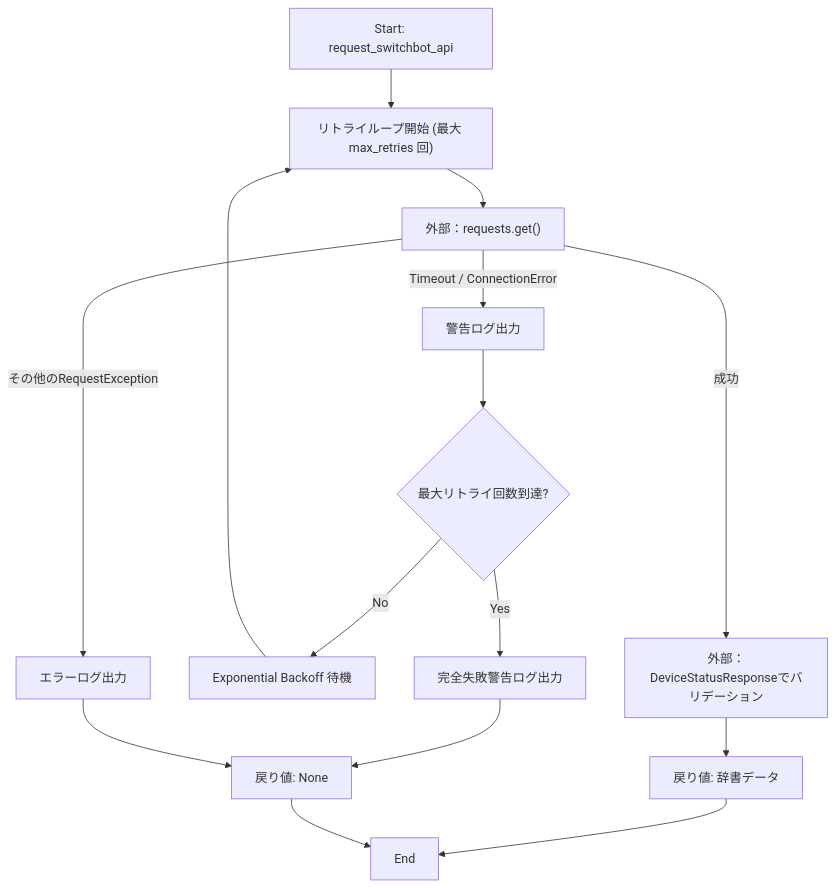
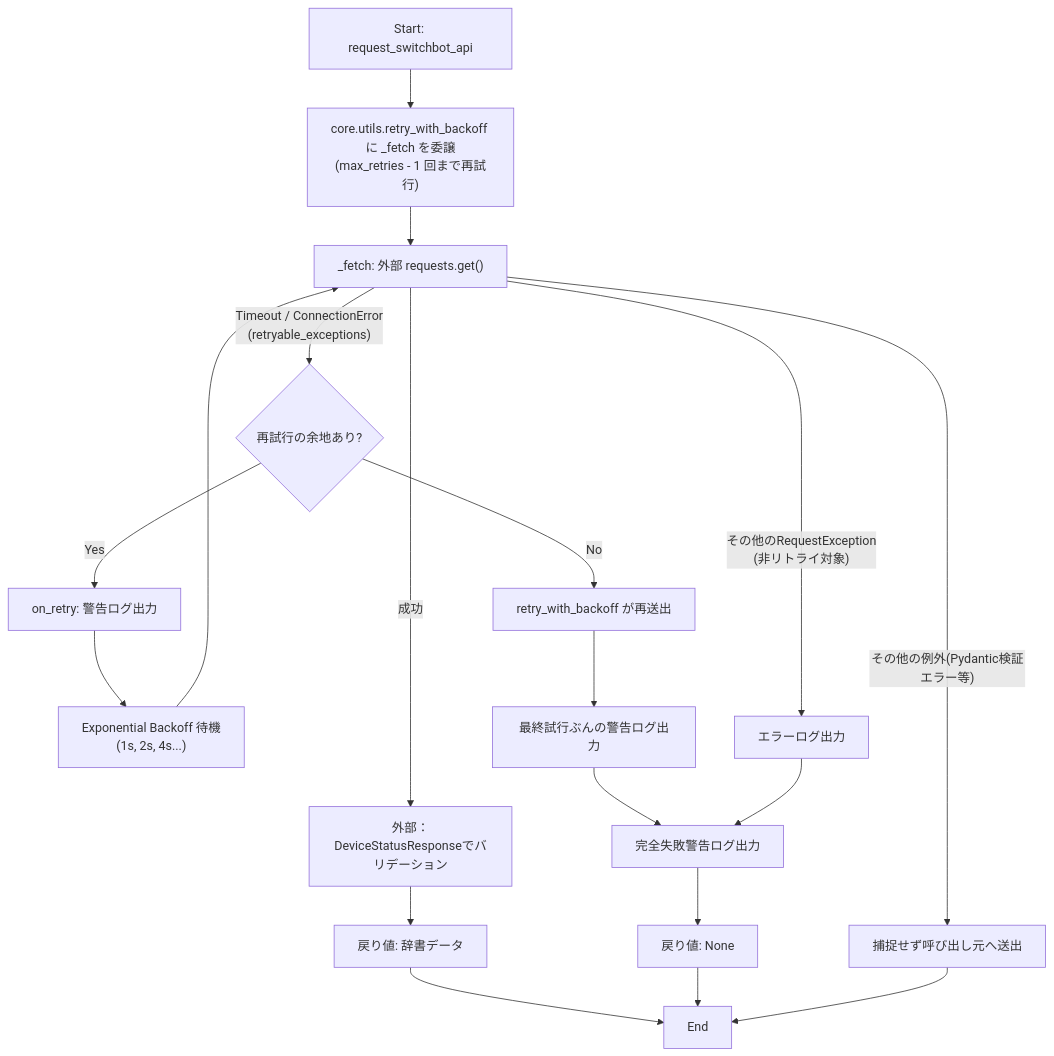
One commit to mmtigers/my_python_project changed the first of 2 diagrams in docs/specifications/MY_HOME_SYSTEM/switchbot_service.md. Above: the diagram before and after it, drawn with Mermaid. The commit also changed other lines of this file and 2 other files, not shown here.

First line of the commit message:
refactor(switchbot): GETのリトライを core.utils.retry_with_backoff に寄せる (#661) (#683)

````diff
--- a/docs/specifications/MY_HOME_SYSTEM/switchbot_service.md
+++ b/docs/specifications/MY_HOME_SYSTEM/switchbot_service.md
@@ -266,15 +272,16 @@
 ```mermaid
 flowchart TD
-    Start["Start: request_switchbot_api"] --> LoopInit["リトライループ開始 (最大 max_retries 回)"]
-    LoopInit --> TryRequest["外部：requests.get()"]
+    Start["Start: request_switchbot_api"] --> Delegate["core.utils.retry_with_backoff に _fetch を委譲<br/>(max_retries - 1 回まで再試行)"]
+    Delegate --> TryRequest["_fetch: 外部 requests.get()"]
     TryRequest -- 成功 --> Validate["外部：DeviceStatusResponseでバリデーション"]
     Validate --> ReturnDict["戻り値: 辞書データ"] --> End["End"]
-    
-    TryRequest -- Timeout / ConnectionError --> LogWarn["警告ログ出力"]
-    LogWarn --> CheckRetry{"最大リトライ回数到達?"}
-    CheckRetry -- No --> Wait["Exponential Backoff 待機"] --> LoopInit
-    CheckRetry -- Yes --> LogFailSoft["完全失敗警告ログ出力"] --> ReturnNone["戻り値: None"] --> End
-    
-    TryRequest -- その他のRequestException --> LogErr["エラーログ出力"] --> ReturnNone
+
+    TryRequest -- "Timeout / ConnectionError<br/>(retryable_exceptions)" --> CheckRetry{"再試行の余地あり?"}
+    CheckRetry -- Yes --> OnRetry["on_retry: 警告ログ出力"] --> Wait["Exponential Backoff 待機<br/>(1s, 2s, 4s...)"] --> TryRequest
+    CheckRetry -- No --> Reraise["retry_with_backoff が再送出"] --> LogLast["最終試行ぶんの警告ログ出力"] --> LogFailSoft["完全失敗警告ログ出力"] --> ReturnNone["戻り値: None"] --> End
+
+    TryRequest -- "その他のRequestException<br/>(非リトライ対象)" --> LogErr["エラーログ出力"] --> LogFailSoft
+
+    TryRequest -- "その他の例外(Pydantic検証エラー等)" --> Propagate["捕捉せず呼び出し元へ送出"] --> End
 
 ```
````
